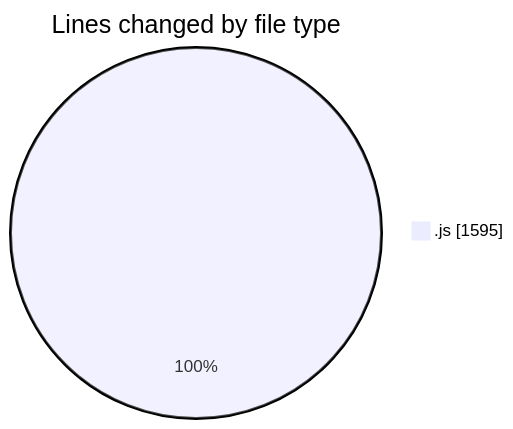
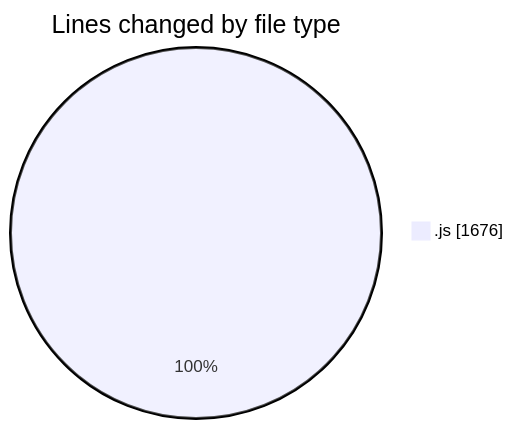
One commit to Ritupan-Deka/code-tracking changed the first of 2 diagrams in 2025-08-04/javascript/README.md. Above: the diagram before and after it, drawn with Mermaid. The commit also changed other lines of this file and 1 other file, not shown here.

````diff
--- a/2025-08-04/javascript/README.md
+++ b/2025-08-04/javascript/README.md
@@ -21,5 +22,5 @@
 ```mermaid
 pie showData
 title Lines changed by file type
-".js" : 1595
+".js" : 1676
 ```
````
